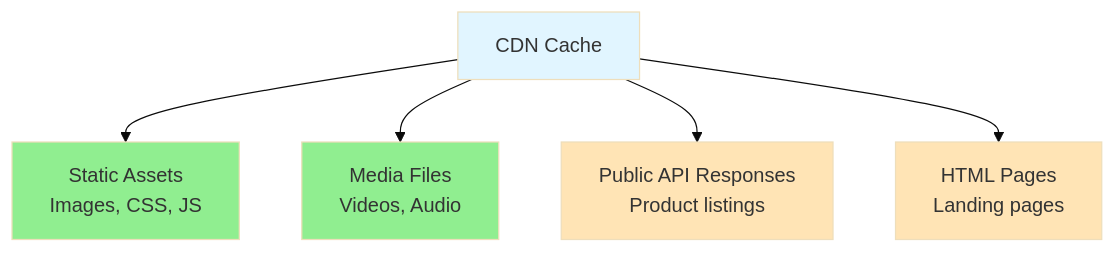
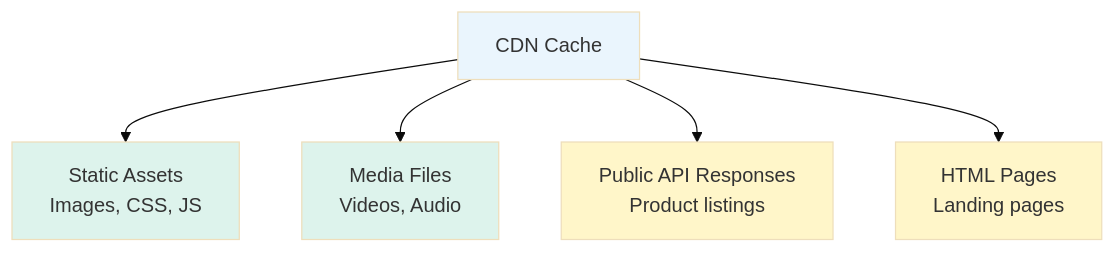
One commit to cartmancodes/InterviewVault changed the eighth of 47 diagrams in LLD/CoreConcepts/Caching.md. Above: the diagram before and after it, drawn with Mermaid (base theme). The commit also changed other lines of this file and 679 other files, not shown here.

Commit message:
Unify content diagrams and add accessible visual walkthroughs

````diff
--- a/LLD/CoreConcepts/Caching.md
+++ b/LLD/CoreConcepts/Caching.md
@@ -227,15 +227,15 @@
 ```mermaid
 graph TB
     CDN[CDN Cache]
     
     CDN --> STATIC[Static Assets<br/>Images, CSS, JS]
     CDN --> MEDIA[Media Files<br/>Videos, Audio]
     CDN --> API[Public API Responses<br/>Product listings]
     CDN --> HTML[HTML Pages<br/>Landing pages]
     
-    style CDN fill:#e1f5ff
-    style STATIC fill:#90EE90
-    style MEDIA fill:#90EE90
-    style API fill:#FFE4B5
-    style HTML fill:#FFE4B5
+    style CDN fill:#EAF5FD
+    style STATIC fill:#DDF3EC
+    style MEDIA fill:#DDF3EC
+    style API fill:#FFF6C9
+    style HTML fill:#FFF6C9
 ```
````
